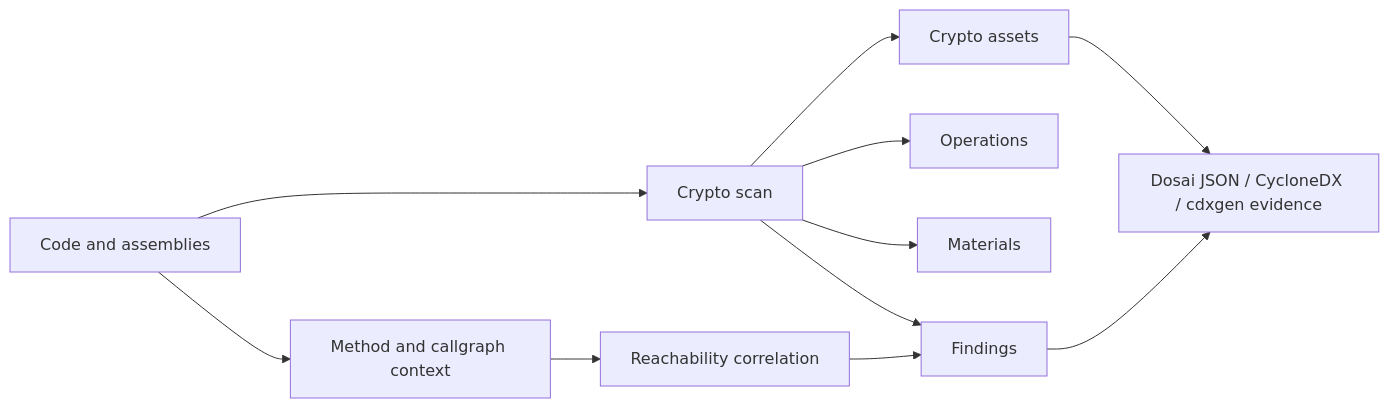
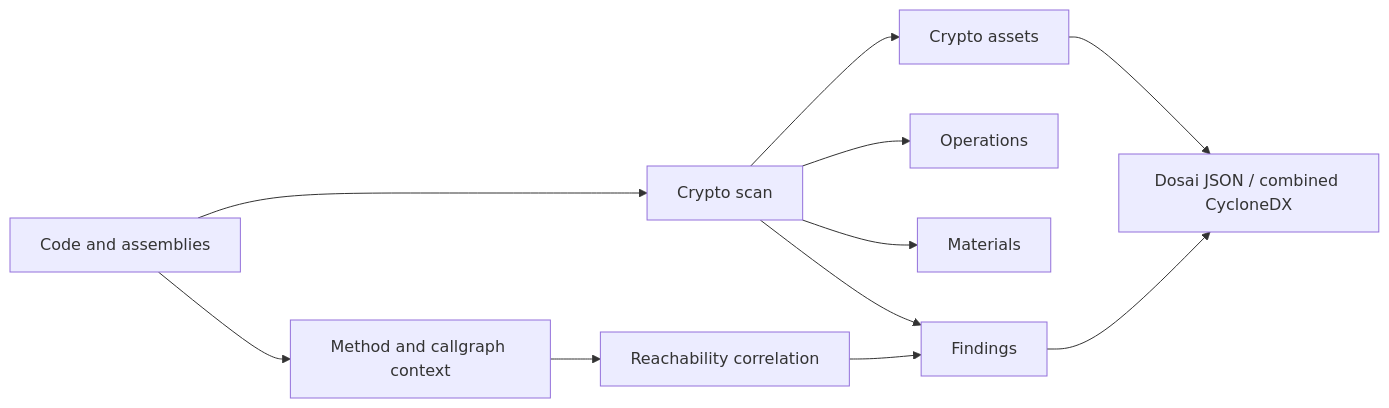
Before and after one commit to owasp-dep-scan/dosai: the fourth of 5 diagrams in docs/commands.md, drawn with Mermaid. The commit also changed other lines of this file and 8 other files, not shown here.

Commit message:
Remove cdxgen-evidence crypto output; unify CBOM and evidence in CycloneDX export; update docs, tests, and CLI for combined format

````diff
--- a/docs/commands.md
+++ b/docs/commands.md
@@ -205,13 +197,13 @@
 ```mermaid
 flowchart LR
     Code[Code and assemblies] --> Inventory[Method and callgraph context]
     Code --> Scan[Crypto scan]
     Scan --> Assets[Crypto assets]
     Scan --> Ops[Operations]
     Scan --> Materials[Materials]
     Scan --> Findings[Findings]
     Inventory --> Reach[Reachability correlation]
     Reach --> Findings
-    Assets --> Export[Dosai JSON / CycloneDX / cdxgen evidence]
+    Assets --> Export[Dosai JSON / combined CycloneDX]
     Findings --> Export
 ```
````
